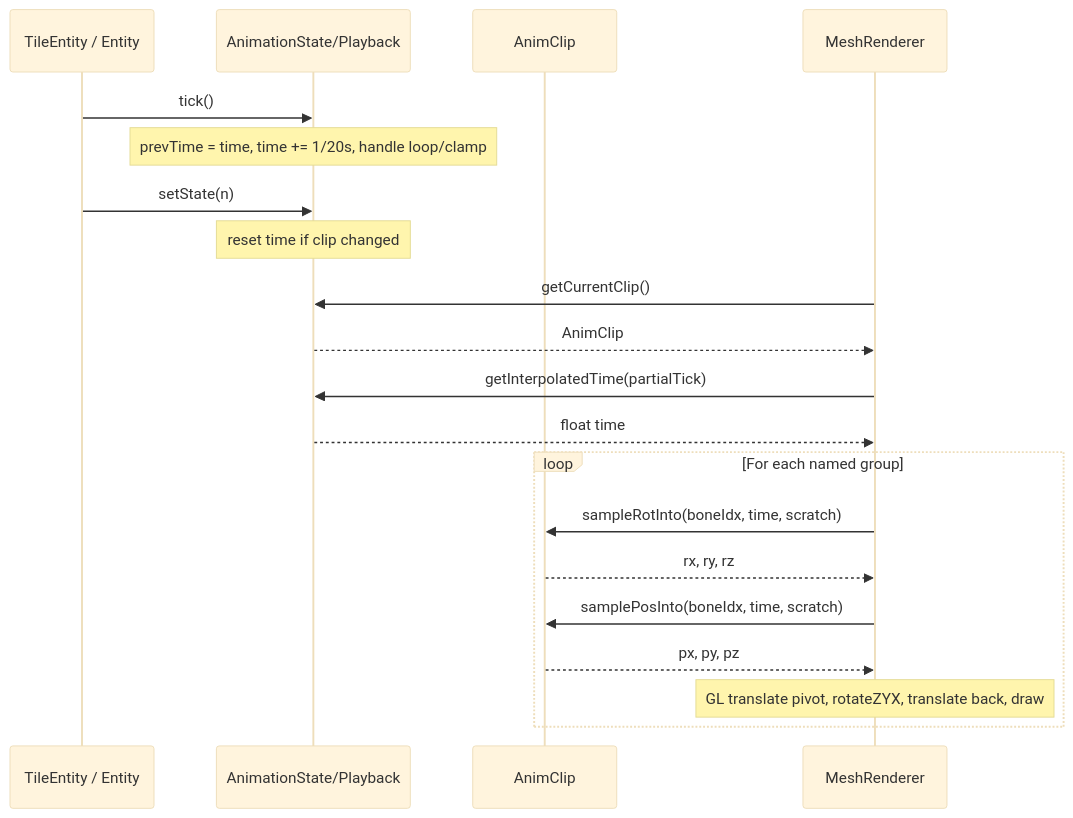
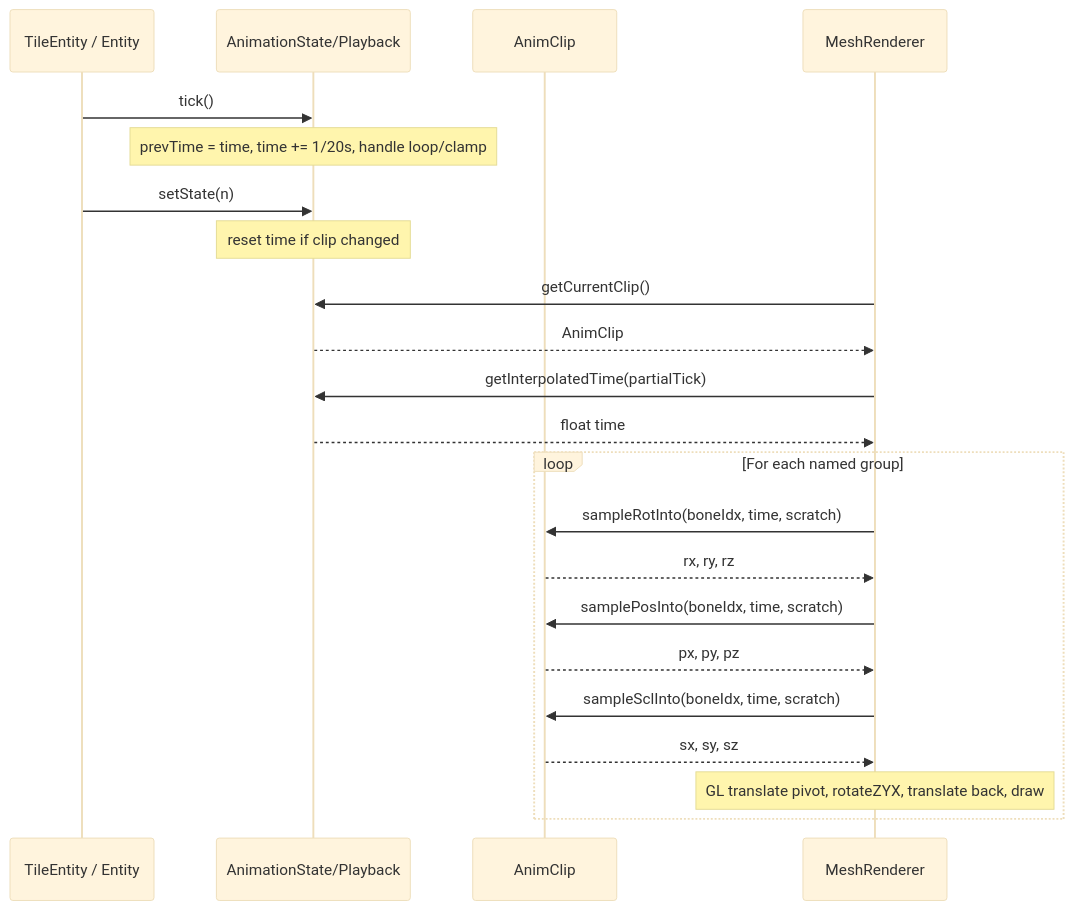
One commit to lucasrgt/aero-model-lib changed the third of 7 diagrams in DOC.md. Above: the diagram before and after it, drawn with Mermaid (base theme). The commit also changed other lines of this file and 8 other files, not shown here.

````diff
--- a/DOC.md
+++ b/DOC.md
@@ -232,27 +239,29 @@
 ```mermaid
 sequenceDiagram
     participant TE as TileEntity / Entity
     participant AS as AnimationState/Playback
     participant CL as AnimClip
     participant MR as MeshRenderer
 
     TE->>AS: tick()
     Note over AS: prevTime = time, time += 1/20s, handle loop/clamp
 
     TE->>AS: setState(n)
     Note over AS: reset time if clip changed
 
     MR->>AS: getCurrentClip()
     AS-->>MR: AnimClip
 
     MR->>AS: getInterpolatedTime(partialTick)
     AS-->>MR: float time
 
     loop For each named group
         MR->>CL: sampleRotInto(boneIdx, time, scratch)
         CL-->>MR: rx, ry, rz
         MR->>CL: samplePosInto(boneIdx, time, scratch)
         CL-->>MR: px, py, pz
+        MR->>CL: sampleSclInto(boneIdx, time, scratch)
+        CL-->>MR: sx, sy, sz
         Note over MR: GL translate pivot, rotateZYX, translate back, draw
     end
 ```
````
